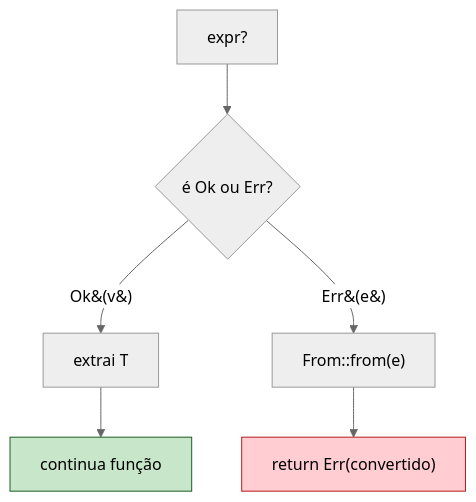
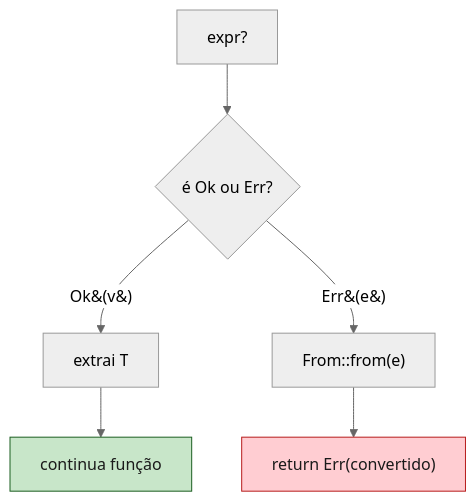
One commit to Felipeness/ferro-e-espirito changed the first of 2 diagrams in book/part-07-collections-and-errors/ch21-tratamento-erros.md. Above: the diagram before and after it, drawn with Mermaid (neutral theme). The commit also changed other lines of this file and 56 other files, not shown here.

First line of the commit message:
fix: contraste de texto em diagramas mermaid

````diff
--- a/book/part-07-collections-and-errors/ch21-tratamento-erros.md
+++ b/book/part-07-collections-and-errors/ch21-tratamento-erros.md
@@ -173,16 +173,16 @@
 ```mermaid
 graph TB
     Start["expr?"]
     Match{"é Ok ou Err?"}
     Unwrap["extrai T"]
     Convert["From::from(e)"]
     Return["return Err(convertido)"]
     Continue["continua função"]
 
     Start --> Match
     Match -->|Ok&#40;v&#41;| Unwrap --> Continue
     Match -->|Err&#40;e&#41;| Convert --> Return
 
-    style Continue fill:#c8e6c9,stroke:#1b5e20
-    style Return fill:#ffcdd2,stroke:#b71c1c
+    style Continue fill:#c8e6c9,stroke:#1b5e20,color:#1a1a1a
+    style Return fill:#ffcdd2,stroke:#b71c1c,color:#1a1a1a
 ```
````
